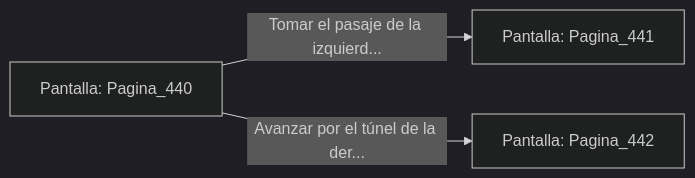
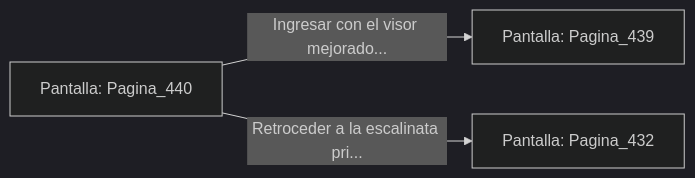
One commit to metsuke/mpl changed the diagram in sample/eligejuego-vault/Pantalla_Pagina_440.md. Above: the diagram before and after it, drawn with Mermaid (dark theme). The commit also changed other lines of this file and 635 other files, not shown here.

First line of the commit message:
fix: añadir Pagina_1 como pantalla inicial en capitulo_01.mpl

````diff
--- a/sample/eligejuego-vault/Pantalla_Pagina_440.md
+++ b/sample/eligejuego-vault/Pantalla_Pagina_440.md
@@ -20,6 +22,6 @@
 ```mermaid
 graph LR
     P_Pagina_440["Pantalla: Pagina_440"]
-    P_Pagina_440 -->|"Tomar el pasaje de la izquierd..."| P_Pagina_441["Pantalla: Pagina_441"]
-    P_Pagina_440 -->|"Avanzar por el túnel de la der..."| P_Pagina_442["Pantalla: Pagina_442"]
+    P_Pagina_440 -->|"Ingresar con el visor mejorado..."| P_Pagina_439["Pantalla: Pagina_439"]
+    P_Pagina_440 -->|"Retroceder a la escalinata pri..."| P_Pagina_432["Pantalla: Pagina_432"]
 ```
````
